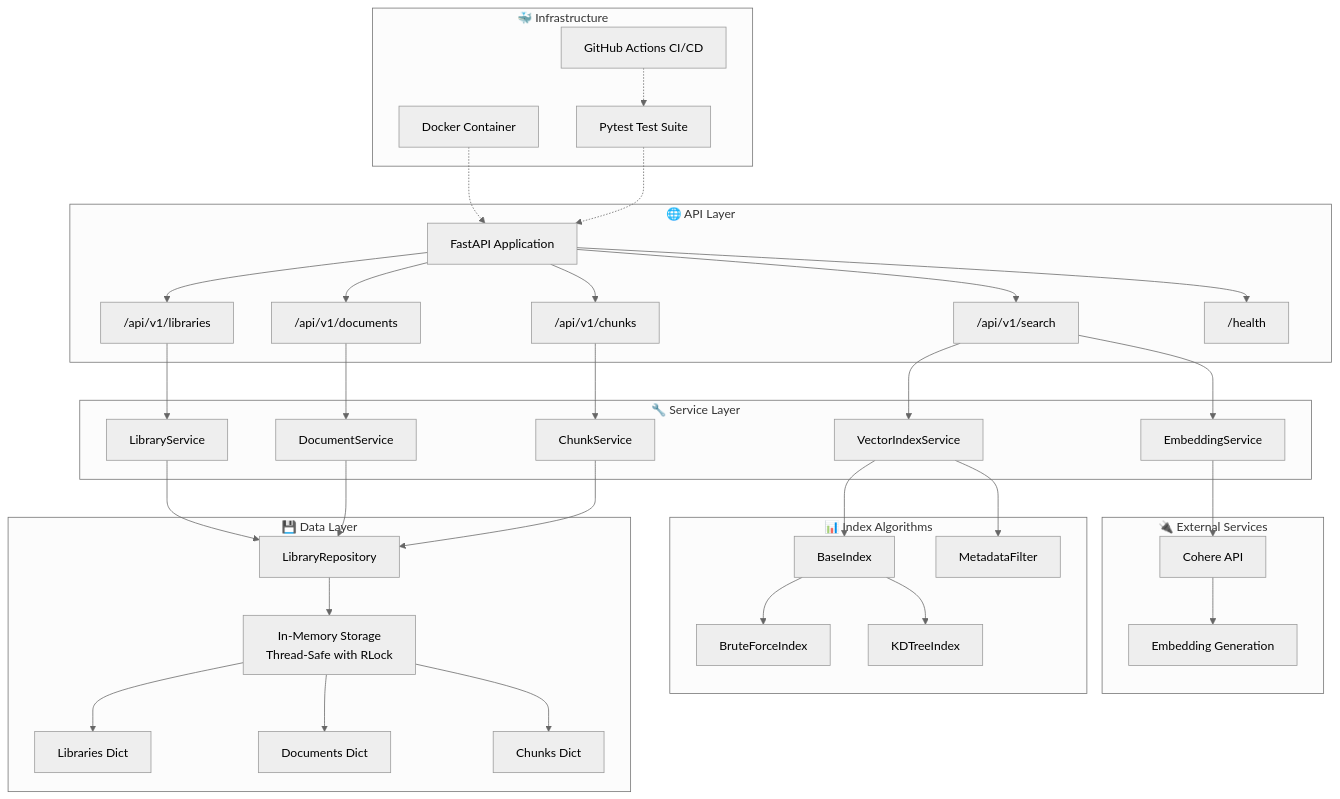
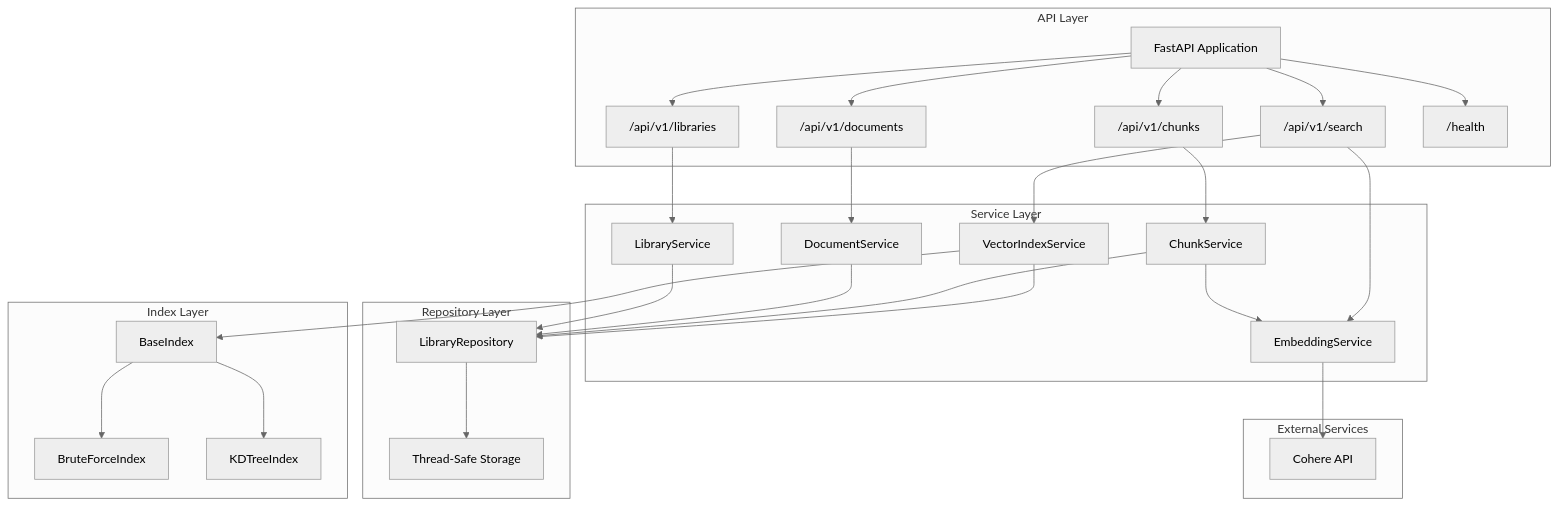
Before and after one commit to ShyamSundR/stackai-vector-db: the first of 3 diagrams in ARCHITECTURE.md, drawn with Mermaid (neutral theme). The commit also changed other lines of this file and 1 other file, not shown here.

````diff
--- a/ARCHITECTURE.md
+++ b/ARCHITECTURE.md
@@ -17,78 +17,60 @@
 ```mermaid
 graph TB
-    subgraph "🌐 API Layer"
+    subgraph "API Layer"
         A[FastAPI Application]
         B["/api/v1/libraries"]
         C["/api/v1/documents"]
         D["/api/v1/chunks"]
         E["/api/v1/search"]
         F["/health"]
     end
     
-    subgraph "🔧 Service Layer"
+    subgraph "Service Layer"
         G[LibraryService]
         H[DocumentService]
         I[ChunkService]
         J[VectorIndexService]
         K[EmbeddingService]
     end
     
-    subgraph "📊 Index Algorithms"
-        L[BaseIndex]
-        M[BruteForceIndex]
-        N[KDTreeIndex]
-        O[MetadataFilter]
+    subgraph "Repository Layer"
+        L[LibraryRepository]
+        M[Thread-Safe Storage]
     end
     
-    subgraph "💾 Data Layer"
-        P[LibraryRepository]
-        Q["In-Memory Storage<br/>Thread-Safe with RLock"]
-        R["Libraries Dict"]
-        S["Documents Dict"]
-        T["Chunks Dict"]
+    subgraph "Index Layer"
+        N[BaseIndex]
+        O[BruteForceIndex]
+        P[KDTreeIndex]
     end
     
-    subgraph "🔌 External Services"
-        U[Cohere API]
-        V[Embedding Generation]
-    end
-    
-    subgraph "🐳 Infrastructure"
-        W[Docker Container]
-        X[GitHub Actions CI/CD]
-        Y[Pytest Test Suite]
+    subgraph "External Services"
+        Q[Cohere API]
     end
     
     A --> B
     A --> C
     A --> D
     A --> E
     A --> F
     
     B --> G
     C --> H
     D --> I
     E --> J
+    
+    G --> L
+    H --> L
+    I --> L
+    J --> L
+    I --> K
     E --> K
     
-    G --> P
-    H --> P
-    I --> P
-    J --> L
-    K --> U
+    J --> N
+    N --> O
+    N --> P
+    
+    K --> Q
     
     L --> M
-    L --> N
-    J --> O
-    
-    P --> Q
-    Q --> R
-    Q --> S
-    Q --> T
-    
-    U --> V
-    
-    W -.-> A
-    X -.-> Y
-    Y -.-> A
 ```
````
